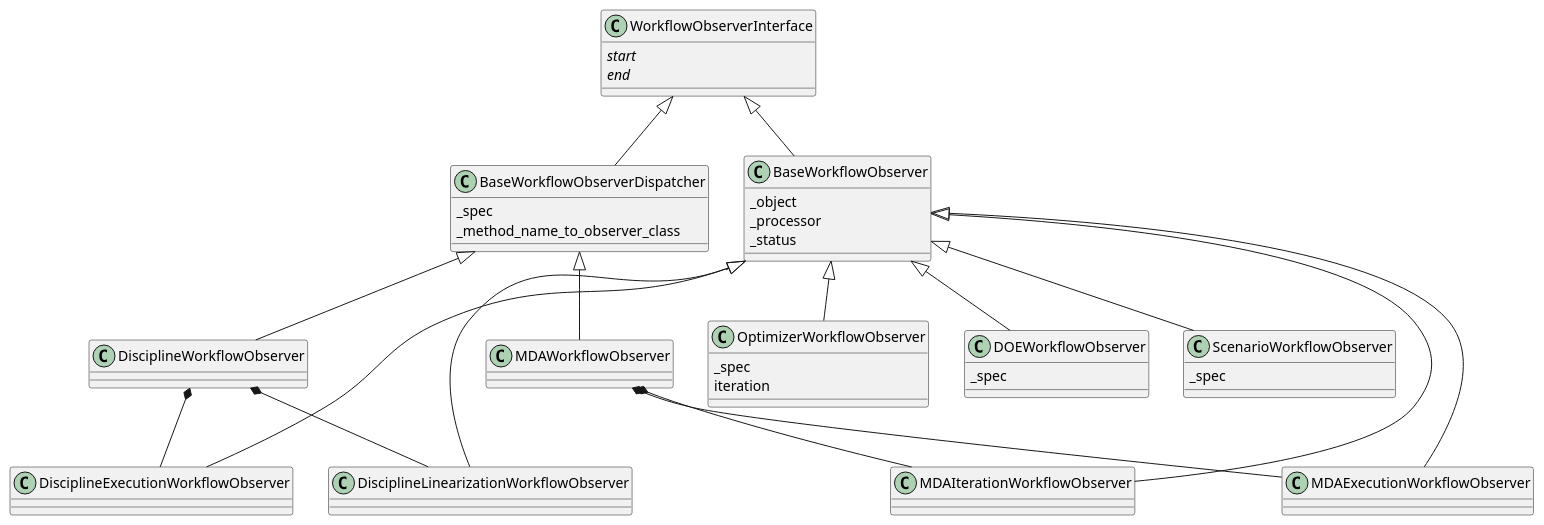
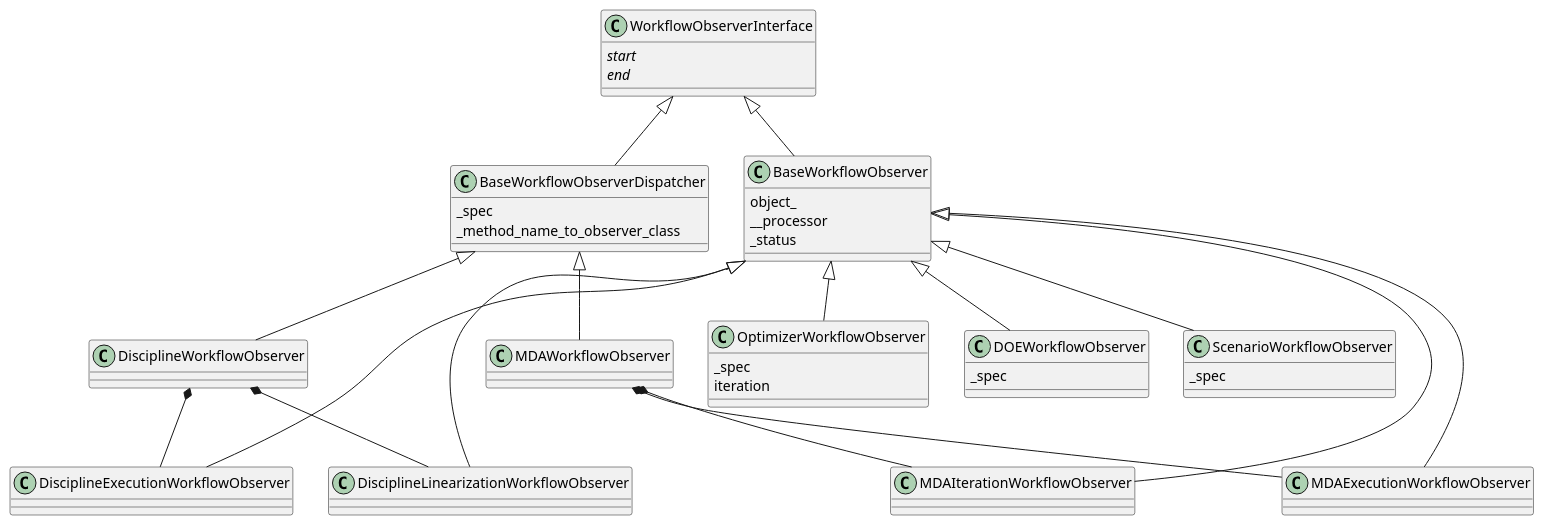
The diagram in docs/reference/workflow_observers/classes.puml (gemseo/gemseo), drawn with PlantUML before and after one commit. The commit also changed 52 other files, not shown here.

```diff
--- a/docs/reference/workflow_observers/classes.puml
+++ b/docs/reference/workflow_observers/classes.puml
@@ -1,56 +1,56 @@
 @startuml
 set namespaceSeparator none
 
 class "WorkflowObserverInterface" as gemseo.util._workflow_observer.interface.WorkflowObserverInterface {
   {abstract}start
   {abstract}end
 }
 together {
   class "BaseWorkflowObserver" as gemseo.util._workflow_observer.base_observer.BaseWorkflowObserver {
-    _object
-    _processor
+    object_
+    __processor
     _status
   }
   class "BaseWorkflowObserverDispatcher" as gemseo.util._workflow_observer.base_dispatcher.BaseWorkflowObserverDispatcher {
       _spec
       _method_name_to_observer_class
   }
 }
 class "DisciplineExecutionWorkflowObserver" as gemseo.util._workflow_observer.discipline.DisciplineExecutionWorkflowObserver {
 }
 class "DisciplineLinearizationWorkflowObserver" as gemseo.util._workflow_observer.discipline.DisciplineLinearizationWorkflowObserver {
 }
 class "DisciplineWorkflowObserver" as gemseo.util._workflow_observer.discipline.DisciplineWorkflowObserver {
 }
 class "MDAExecutionWorkflowObserver" as gemseo.util._workflow_observer.mda.MDAExecutionWorkflowObserver {
 }
 class "MDAIterationWorkflowObserver" as gemseo.util._workflow_observer.mda.MDAIterationWorkflowObserver {
 }
 class "MDAWorkflowObserver" as gemseo.util._workflow_observer.mda.MDAWorkflowObserver {
 }
 class "OptimizerWorkflowObserver" as gemseo.util._workflow_observer.optimizer.OptimizerWorkflowObserver {
     _spec
     iteration
 }
 class "DOEWorkflowObserver" as gemseo.util._workflow_observer.doe.DOEWorkflowObserver {
     _spec
 }
 class "ScenarioWorkflowObserver" as gemseo.util._workflow_observer.scenario.ScenarioWorkflowObserver {
     _spec
 }
 gemseo.util._workflow_observer.interface.WorkflowObserverInterface <|-- gemseo.util._workflow_observer.base_observer.BaseWorkflowObserver
 gemseo.util._workflow_observer.interface.WorkflowObserverInterface <|-- gemseo.util._workflow_observer.base_dispatcher.BaseWorkflowObserverDispatcher
 gemseo.util._workflow_observer.base_observer.BaseWorkflowObserver <|-- gemseo.util._workflow_observer.discipline.DisciplineExecutionWorkflowObserver
 gemseo.util._workflow_observer.base_observer.BaseWorkflowObserver <|-- gemseo.util._workflow_observer.discipline.DisciplineLinearizationWorkflowObserver
 gemseo.util._workflow_observer.base_observer.BaseWorkflowObserver <|-- gemseo.util._workflow_observer.optimizer.OptimizerWorkflowObserver
 gemseo.util._workflow_observer.base_observer.BaseWorkflowObserver <|-- gemseo.util._workflow_observer.doe.DOEWorkflowObserver
 gemseo.util._workflow_observer.base_observer.BaseWorkflowObserver <|-- gemseo.util._workflow_observer.scenario.ScenarioWorkflowObserver
 gemseo.util._workflow_observer.base_observer.BaseWorkflowObserver <|-- gemseo.util._workflow_observer.mda.MDAExecutionWorkflowObserver
 gemseo.util._workflow_observer.base_observer.BaseWorkflowObserver <|-- gemseo.util._workflow_observer.mda.MDAIterationWorkflowObserver
 gemseo.util._workflow_observer.base_dispatcher.BaseWorkflowObserverDispatcher <|-- gemseo.util._workflow_observer.discipline.DisciplineWorkflowObserver
 gemseo.util._workflow_observer.base_dispatcher.BaseWorkflowObserverDispatcher <|-- gemseo.util._workflow_observer.mda.MDAWorkflowObserver
 gemseo.util._workflow_observer.discipline.DisciplineWorkflowObserver *-- gemseo.util._workflow_observer.discipline.DisciplineExecutionWorkflowObserver
 gemseo.util._workflow_observer.discipline.DisciplineWorkflowObserver *-- gemseo.util._workflow_observer.discipline.DisciplineLinearizationWorkflowObserver
 gemseo.util._workflow_observer.mda.MDAWorkflowObserver *-- gemseo.util._workflow_observer.mda.MDAExecutionWorkflowObserver
 gemseo.util._workflow_observer.mda.MDAWorkflowObserver *-- gemseo.util._workflow_observer.mda.MDAIterationWorkflowObserver
 @enduml
```
